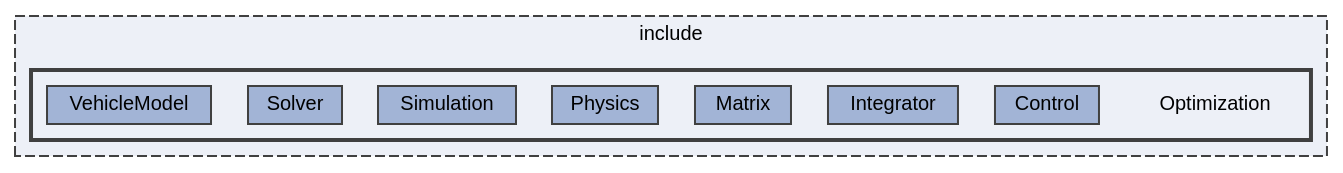
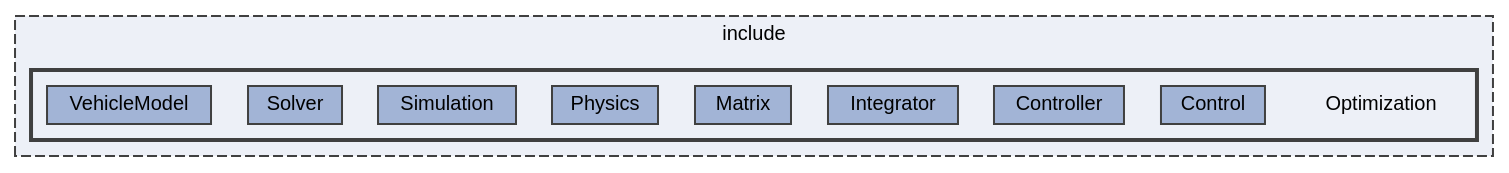
The diagram in dir_976444ffbcd0cf7e59138d237483c157_dep.dot (jswoo0615/Algorithms_for_Optimization_cpp), drawn with Graphviz before and after one commit. The commit also changed 109 other files, not shown here.

```diff
--- a/dir_976444ffbcd0cf7e59138d237483c157_dep.dot
+++ b/dir_976444ffbcd0cf7e59138d237483c157_dep.dot
@@ -1,22 +1,23 @@
 digraph "include/Optimization"
 {
  // LATEX_PDF_SIZE
   bgcolor="transparent";
   edge [fontname=Helvetica,fontsize=10,labelfontname=Helvetica,labelfontsize=10];
   node [fontname=Helvetica,fontsize=10,shape=box,height=0.2,width=0.4];
   compound=true
   subgraph clusterdir_d44c64559bbebec7f509842c48db8b23 {
     graph [ bgcolor="#edf0f7", pencolor="grey25", label="include", fontname=Helvetica,fontsize=10 style="filled,dashed", URL="dir_d44c64559bbebec7f509842c48db8b23.html",tooltip=""]
   subgraph clusterdir_976444ffbcd0cf7e59138d237483c157 {
     graph [ bgcolor="#edf0f7", pencolor="grey25", label="", fontname=Helvetica,fontsize=10 style="filled,bold", URL="dir_976444ffbcd0cf7e59138d237483c157.html",tooltip=""]
     dir_976444ffbcd0cf7e59138d237483c157 [shape=plaintext, label="Optimization"];
   dir_b0eb23d7880c1ce496ccacf085fb439e [label="Control", fillcolor="#a2b4d6", color="grey25", style="filled", URL="dir_b0eb23d7880c1ce496ccacf085fb439e.html",tooltip=""];
+  dir_3f22f93b4ba8fdbcad8dad713ea8d812 [label="Controller", fillcolor="#a2b4d6", color="grey25", style="filled", URL="dir_3f22f93b4ba8fdbcad8dad713ea8d812.html",tooltip=""];
   dir_5bb25db18c853031f62decd1534aca17 [label="Integrator", fillcolor="#a2b4d6", color="grey25", style="filled", URL="dir_5bb25db18c853031f62decd1534aca17.html",tooltip=""];
   dir_a66bc7e01f4013e53ad389310fb0c51c [label="Matrix", fillcolor="#a2b4d6", color="grey25", style="filled", URL="dir_a66bc7e01f4013e53ad389310fb0c51c.html",tooltip=""];
   dir_7cd0d73341d495ff5d164ebc59a94c80 [label="Physics", fillcolor="#a2b4d6", color="grey25", style="filled", URL="dir_7cd0d73341d495ff5d164ebc59a94c80.html",tooltip=""];
   dir_a867165be1459a38b824a228c75e4073 [label="Simulation", fillcolor="#a2b4d6", color="grey25", style="filled", URL="dir_a867165be1459a38b824a228c75e4073.html",tooltip=""];
   dir_344cbd1bd00ec6f2cef44081d8425e41 [label="Solver", fillcolor="#a2b4d6", color="grey25", style="filled", URL="dir_344cbd1bd00ec6f2cef44081d8425e41.html",tooltip=""];
   dir_8efc3cca00435a7f2971e9aa93900fda [label="VehicleModel", fillcolor="#a2b4d6", color="grey25", style="filled", URL="dir_8efc3cca00435a7f2971e9aa93900fda.html",tooltip=""];
   }
   }
 }
```
